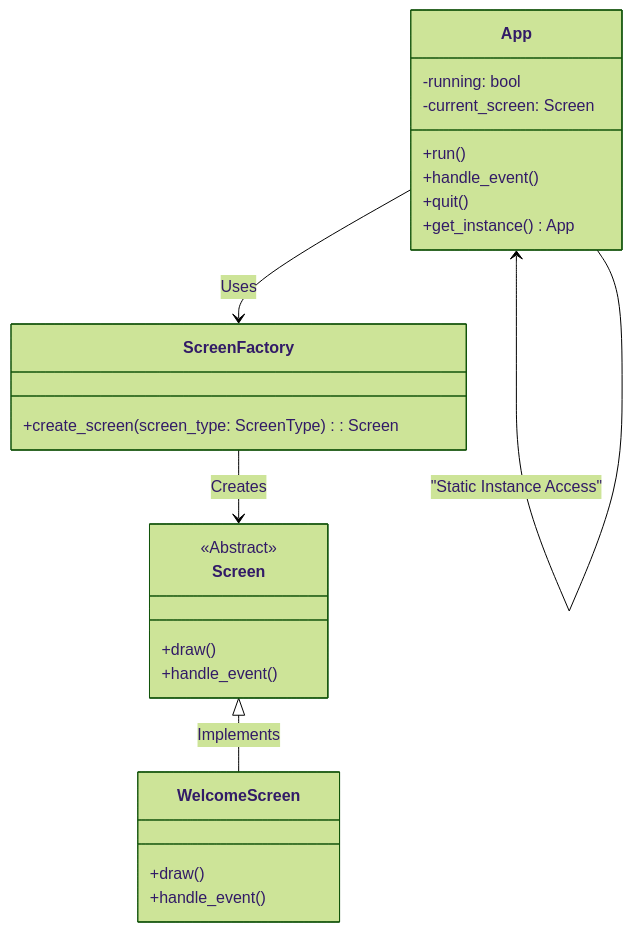
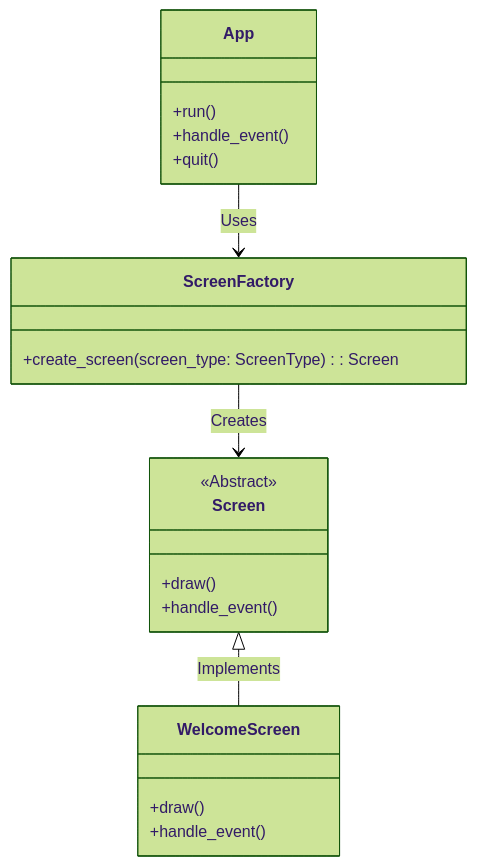
The diagram in README.md (Phastboy/drawing), drawn with Mermaid (forest theme) before and after one commit.

Commit message:
Revert "Update README.md"

````diff
--- a/README.md
+++ b/README.md
@@ -4,36 +4,28 @@
 ``` mermaid
 classDiagram
     direction TB
-
     class App {
-        -running: bool
-        -current_screen: Screen
         +run()
         +handle_event()
         +quit()
-        +get_instance() App
     }
 
     class Screen {
         <<Abstract>>
         +draw()
         +handle_event()
     }
 
     class WelcomeScreen {
         +draw()
         +handle_event()
     }
 
     class ScreenFactory {
         +create_screen(screen_type: ScreenType): Screen
     }
 
     App --> ScreenFactory : Uses
     ScreenFactory --> Screen : Creates
     Screen <|-- WelcomeScreen : Implements
-
-    %% Singleton Pattern
-    App <-- App : "Static Instance Access"
-
 ```
````
